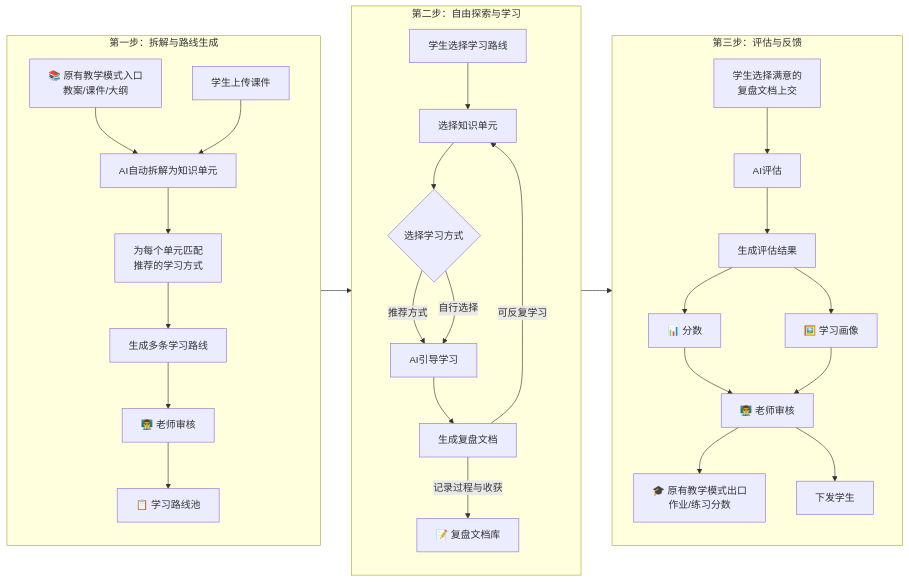
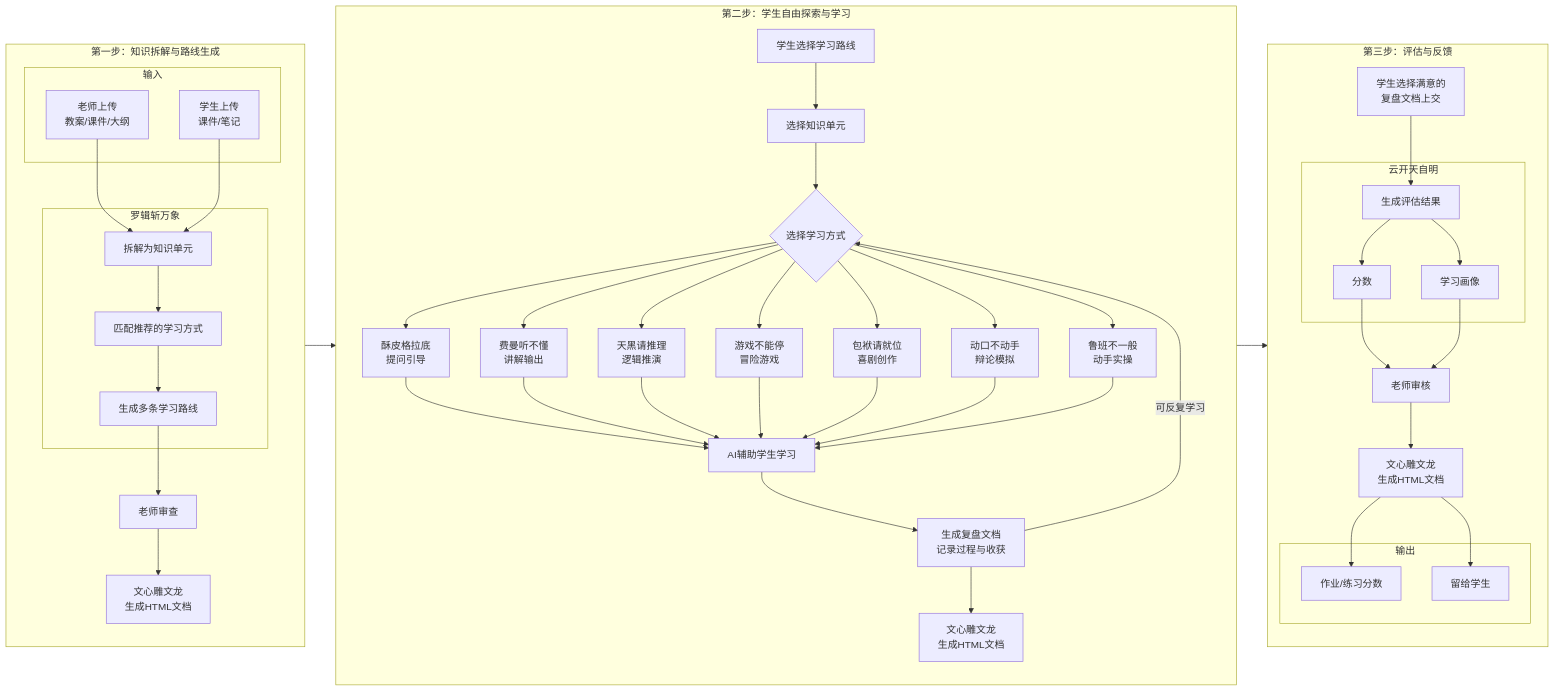
The diagram in 教学套件使用说明.md (xuyunxuyun/SuperTeam), drawn with Mermaid before and after one commit. The commit also changed other lines of this file and 14 other files, not shown here.

````diff
--- a/教学套件使用说明.md
+++ b/教学套件使用说明.md
@@ -75,34 +76,54 @@
 ```mermaid
 flowchart LR
-    subgraph Step1[第一步：拆解与路线生成]
-        A1[📚 原有教学模式入口<br/>教案/课件/大纲] --> A2[AI自动拆解为知识单元]
-        A2 --> A3[为每个单元匹配<br/>推荐的学习方式]
-        A3 --> A4[生成多条学习路线]
-        A4 --> A5[👨‍🏫 老师审核]
-        A5 --> A6[📋 学习路线池]
+    subgraph STEP1["第一步：知识拆解与路线生成"]
+        direction TB
         
-        B1[学生上传课件] --> A2
+        subgraph INPUT["输入"]
+            A1["老师上传<br/>教案/课件/大纲"]
+            A2["学生上传<br/>课件/笔记"]
+        end
+        
+        subgraph LOGIC["罗辑斩万象"]
+            A1 & A2 --> A3["拆解为知识单元"] --> A4["匹配推荐的学习方式"] --> A5["生成多条学习路线"]
+        end
+        
+        A5 --> A6["老师审查"] --> A7["文心雕文龙<br/>生成HTML文档"]
     end
 
-    subgraph Step2[第二步：自由探索与学习]
-        C1[学生选择学习路线] --> C2[选择知识单元]
-        C2 --> C3{选择学习方式}
-        C3 -->|推荐方式| C4[AI引导学习]
-        C3 -->|自行选择| C4
-        C4 --> C5[生成复盘文档]
-        C5 -->|记录过程与收获| C6[📝 复盘文档库]
-        C5 -->|可反复学习| C2
+    subgraph STEP2["第二步：学生自由探索与学习"]
+        direction TB
+        
+        B1["学生选择学习路线"] --> B2["选择知识单元"] --> B3{选择学习方式}
+        B3 --> M1["酥皮格拉底<br/>提问引导"]
+        B3 --> M2["费曼听不懂<br/>讲解输出"]
+        B3 --> M3["天黑请推理<br/>逻辑推演"]
+        B3 --> M4["游戏不能停<br/>冒险游戏"]
+        B3 --> M5["包袱请就位<br/>喜剧创作"]
+        B3 --> M6["动口不动手<br/>辩论模拟"]
+        B3 --> M7["鲁班不一般<br/>动手实操"]
+
+        M1 & M2 & M3 & M4 & M5 & M6 & M7 --> B4["AI辅助学生学习"] --> B5["生成复盘文档<br/>记录过程与收获"]
+        B5 -->|可反复学习| B3
+        B5 --> B6["文心雕文龙<br/>生成HTML文档"]
     end
 
-    subgraph Step3[第三步：评估与反馈]
-        D1[学生选择满意的<br/>复盘文档上交] --> D2[AI评估]
-        D2 --> D3[生成评估结果]
-        D3 --> D4[📊 分数]
-        D3 --> D5[🖼️ 学习画像]
-        D4 & D5 --> D6[👨‍🏫 老师审核]
-        D6 --> D7[🎓 原有教学模式出口<br/>作业/练习分数]
-        D6 --> D8[下发学生]
+    subgraph STEP3["第三步：评估与反馈"]
+        direction TB
+        
+        C1["学生选择满意的<br/>复盘文档上交"] --> C2
+        
+        subgraph CLOUD["云开天自明"]
+            C2["生成评估结果"] --> C3["分数"]
+            C2 --> C4["学习画像"]
+        end
+        
+        C3 & C4 --> C5["老师审核"] --> C6["文心雕文龙<br/>生成HTML文档"] --> C7 & C8
+        
+        subgraph OUTPUT["输出"]
+            C7["作业/练习分数"]
+            C8["留给学生"]
+        end
     end
 
-    Step1 --> Step2 --> Step3
+    STEP1 --> STEP2 --> STEP3
 ```
````
